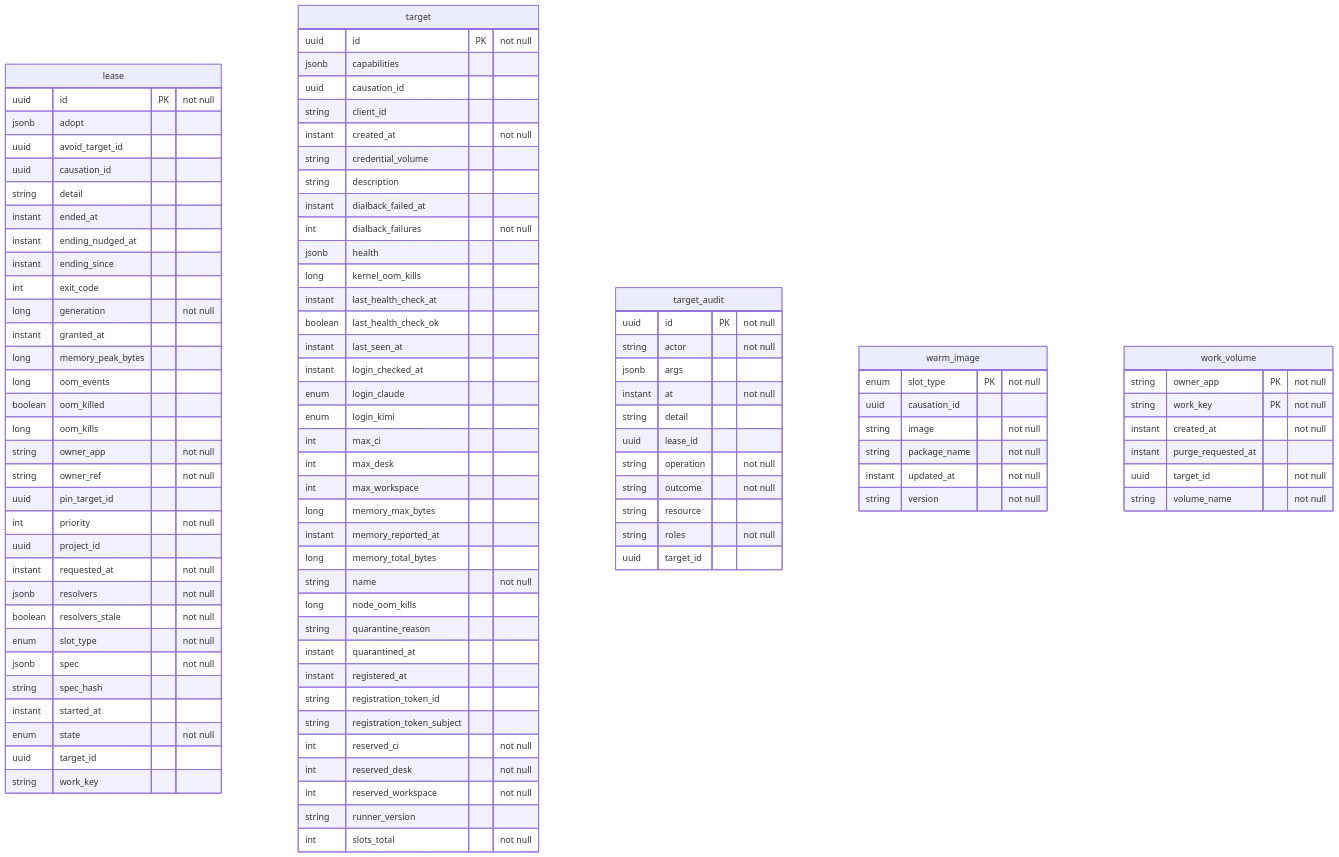
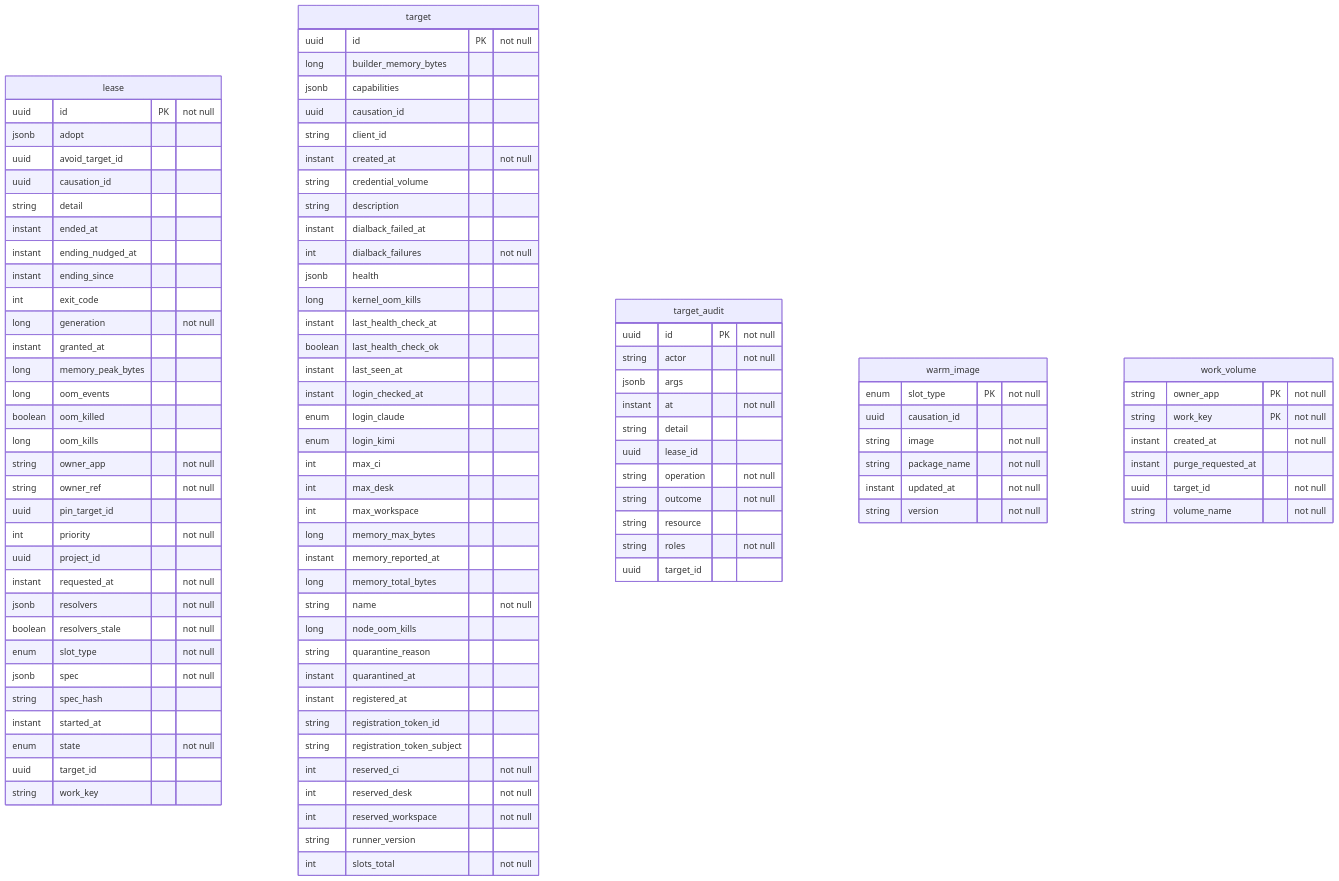
One commit to QuicklyIterateTheSoftware/qits-system-service changed the diagram in docs/database/system.md. Above: the diagram before and after it, drawn with Mermaid. The commit also changed 24 other files, not shown here.

Commit message:
fix(qits-2503): charge the shared builder's memory on targets that take CI

```diff
--- a/docs/database/system.md
+++ b/docs/database/system.md
@@ -41,6 +41,7 @@
   %% target: eu.wohlben.qits.system.targets.entity.Target (targets)
   target {
     uuid id PK "not null"
+    long builder_memory_bytes
     jsonb capabilities
     uuid causation_id
     string client_id
```
